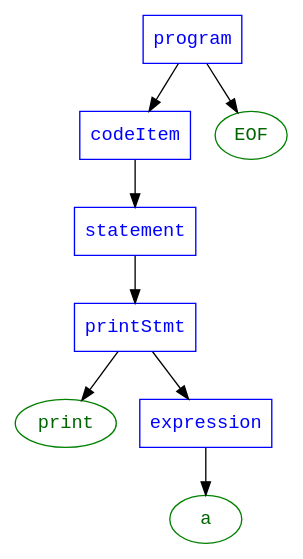
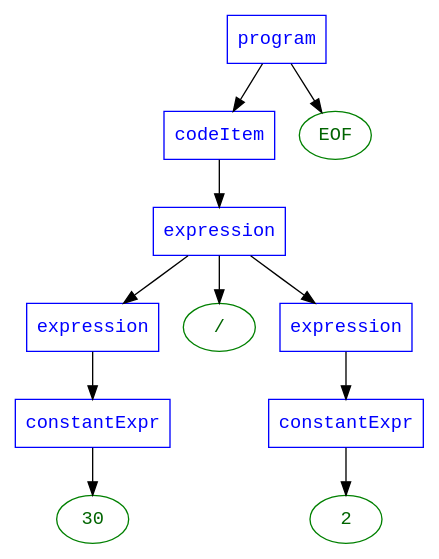
The diagram in tree.dot (fractioneater/flicker3), drawn with Graphviz before and after one commit. The commit also changed 12 other files, not shown here.

```diff
--- a/tree.dot
+++ b/tree.dot
@@ -1,19 +1,25 @@
 digraph ParseTree {
   rankdir=TB;
   node [fontname="Courier New"];
   n0 [label="program", shape=box, color=blue, fontcolor=blue];
   n1 [label="codeItem", shape=box, color=blue, fontcolor=blue];
   n0 -> n1;
-  n2 [label="statement", shape=box, color=blue, fontcolor=blue];
+  n2 [label="expression", shape=box, color=blue, fontcolor=blue];
   n1 -> n2;
-  n3 [label="printStmt", shape=box, color=blue, fontcolor=blue];
+  n3 [label="expression", shape=box, color=blue, fontcolor=blue];
   n2 -> n3;
-  n4 [label="print", shape=ellipse, color=green, fontcolor=darkgreen];
+  n4 [label="constantExpr", shape=box, color=blue, fontcolor=blue];
   n3 -> n4;
-  n5 [label="expression", shape=box, color=blue, fontcolor=blue];
-  n3 -> n5;
-  n6 [label="a", shape=ellipse, color=green, fontcolor=darkgreen];
-  n5 -> n6;
-  n7 [label="EOF", shape=ellipse, color=green, fontcolor=darkgreen];
-  n0 -> n7;
+  n5 [label="30", shape=ellipse, color=green, fontcolor=darkgreen];
+  n4 -> n5;
+  n6 [label="/", shape=ellipse, color=green, fontcolor=darkgreen];
+  n2 -> n6;
+  n7 [label="expression", shape=box, color=blue, fontcolor=blue];
+  n2 -> n7;
+  n8 [label="constantExpr", shape=box, color=blue, fontcolor=blue];
+  n7 -> n8;
+  n9 [label="2", shape=ellipse, color=green, fontcolor=darkgreen];
+  n8 -> n9;
+  n10 [label="EOF", shape=ellipse, color=green, fontcolor=darkgreen];
+  n0 -> n10;
 }
```
